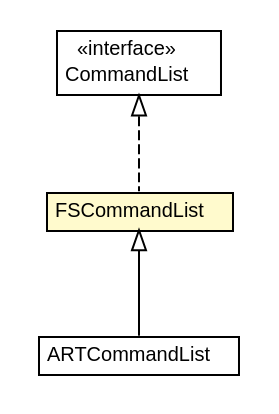
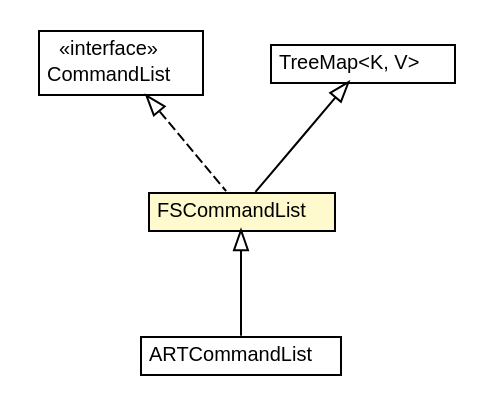
Before and after one commit to UnicaLabs-CS/Foresee: the diagram in docs/it/unica/foresee/commandlists/FSCommandList.dot, drawn with Graphviz. The commit also changed 130 other files, not shown here.

```diff
--- a/docs/it/unica/foresee/commandlists/FSCommandList.dot
+++ b/docs/it/unica/foresee/commandlists/FSCommandList.dot
@@ -1,35 +1,43 @@
 #!/usr/local/bin/dot
 #
 # Class diagram 
 # Generated by UMLGraph version 5.2 (http://www.umlgraph.org/)
 #
 
 digraph G {
 	edge [fontname="Helvetica",fontsize=10,labelfontname="Helvetica",labelfontsize=10];
 	node [fontname="Helvetica",fontsize=10,shape=plaintext];
 	nodesep=0.25;
 	ranksep=0.5;
 	// it.unica.foresee.commandlists.FSCommandList
-	c1112 [label=<<table title="it.unica.foresee.commandlists.FSCommandList" border="0" cellborder="1" cellspacing="0" cellpadding="2" port="p" bgcolor="lemonChiffon" href="./FSCommandList.html">
+	c1113 [label=<<table title="it.unica.foresee.commandlists.FSCommandList" border="0" cellborder="1" cellspacing="0" cellpadding="2" port="p" bgcolor="lemonChiffon" href="./FSCommandList.html">
 		<tr><td><table border="0" cellspacing="0" cellpadding="1">
 <tr><td align="center" balign="center"> FSCommandList </td></tr>
 		</table></td></tr>
 		</table>>, fontname="Helvetica", fontcolor="black", fontsize=10.0];
 	// it.unica.foresee.commandlists.ARTCommandList
-	c1113 [label=<<table title="it.unica.foresee.commandlists.ARTCommandList" border="0" cellborder="1" cellspacing="0" cellpadding="2" port="p" href="./ARTCommandList.html">
+	c1114 [label=<<table title="it.unica.foresee.commandlists.ARTCommandList" border="0" cellborder="1" cellspacing="0" cellpadding="2" port="p" href="./ARTCommandList.html">
 		<tr><td><table border="0" cellspacing="0" cellpadding="1">
 <tr><td align="center" balign="center"> ARTCommandList </td></tr>
 		</table></td></tr>
 		</table>>, fontname="Helvetica", fontcolor="black", fontsize=10.0];
 	// it.unica.foresee.commandlists.interfaces.CommandList
-	c1115 [label=<<table title="it.unica.foresee.commandlists.interfaces.CommandList" border="0" cellborder="1" cellspacing="0" cellpadding="2" port="p" href="./interfaces/CommandList.html">
+	c1116 [label=<<table title="it.unica.foresee.commandlists.interfaces.CommandList" border="0" cellborder="1" cellspacing="0" cellpadding="2" port="p" href="./interfaces/CommandList.html">
 		<tr><td><table border="0" cellspacing="0" cellpadding="1">
 <tr><td align="center" balign="center"> &#171;interface&#187; </td></tr>
 <tr><td align="center" balign="center"> CommandList </td></tr>
 		</table></td></tr>
 		</table>>, fontname="Helvetica", fontcolor="black", fontsize=10.0];
+	//it.unica.foresee.commandlists.FSCommandList extends java.util.TreeMap<java.lang.String, it.unica.foresee.commandlists.interfaces.Semantic>
+	c1134:p -> c1113:p [dir=back,arrowtail=empty];
 	//it.unica.foresee.commandlists.FSCommandList implements it.unica.foresee.commandlists.interfaces.CommandList
-	c1115:p -> c1112:p [dir=back,arrowtail=empty,style=dashed];
+	c1116:p -> c1113:p [dir=back,arrowtail=empty,style=dashed];
 	//it.unica.foresee.commandlists.ARTCommandList extends it.unica.foresee.commandlists.FSCommandList
-	c1112:p -> c1113:p [dir=back,arrowtail=empty];
+	c1113:p -> c1114:p [dir=back,arrowtail=empty];
+	// java.util.TreeMap<K, V>
+	c1134 [label=<<table title="java.util.TreeMap" border="0" cellborder="1" cellspacing="0" cellpadding="2" port="p" href="http://java.sun.com/j2se/1.4.2/docs/api/java/util/TreeMap.html">
+		<tr><td><table border="0" cellspacing="0" cellpadding="1">
+<tr><td align="center" balign="center"> TreeMap&lt;K, V&gt; </td></tr>
+		</table></td></tr>
+		</table>>, fontname="Helvetica", fontcolor="black", fontsize=10.0];
 }
```
